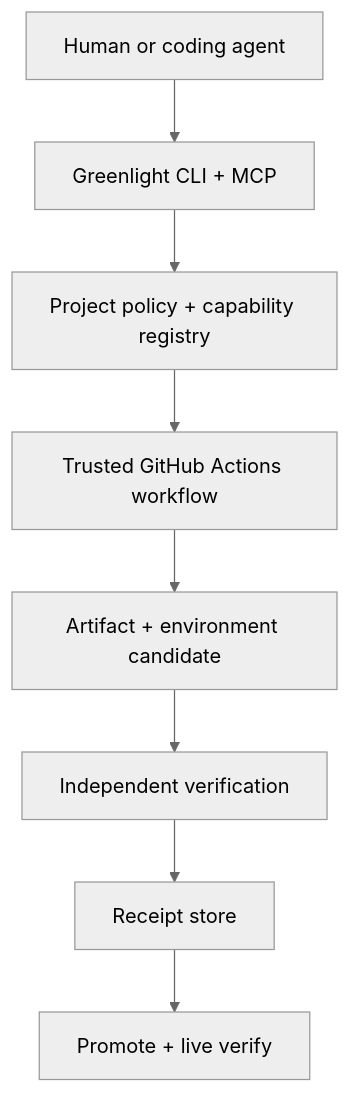
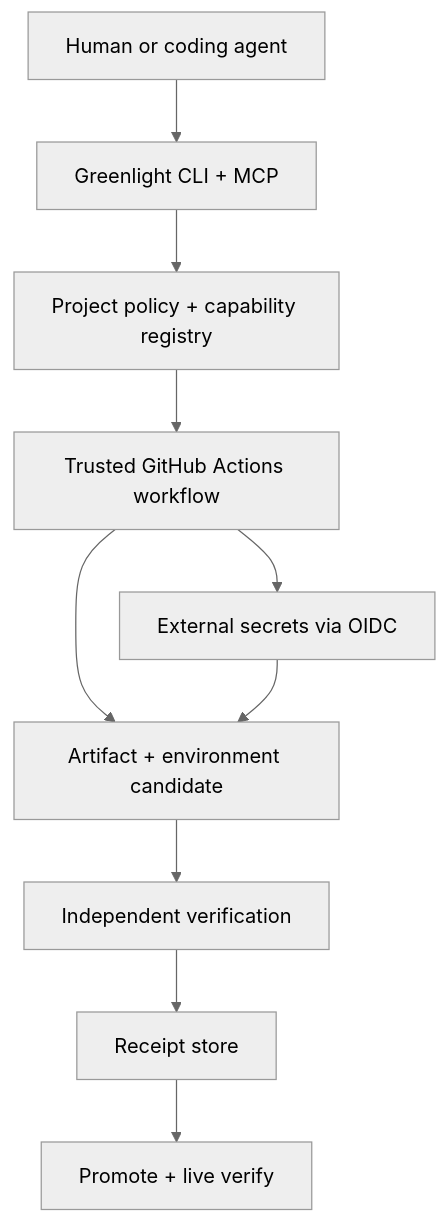
The diagram in docs/greenlight-v3-design.md (RTrentJones/Greenlight), drawn with Mermaid (neutral theme) before and after one commit. The commit also changed other lines of this file, not shown here.

Commit message:
docs: add shared external secrets architecture

````diff
--- a/docs/greenlight-v3-design.md
+++ b/docs/greenlight-v3-design.md
@@ -155,10 +164,12 @@
 ```mermaid
 flowchart TD
     A["Human or coding agent"] --> B["Greenlight CLI + MCP"]
     B --> C["Project policy + capability registry"]
     C --> D["Trusted GitHub Actions workflow"]
+    D --> S["External secrets via OIDC"]
     D --> E["Artifact + environment candidate"]
+    S --> E
     E --> F["Independent verification"]
     F --> G["Receipt store"]
     G --> H["Promote + live verify"]
 ```
````
